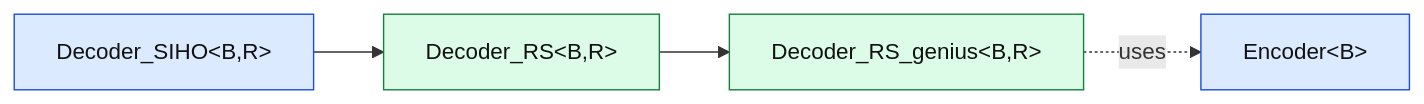
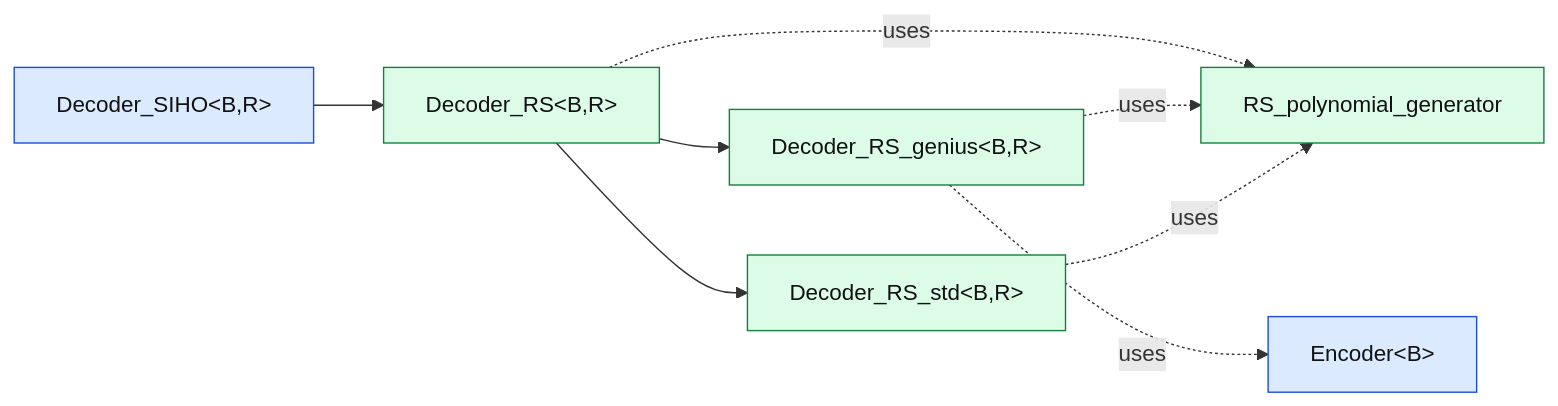
Diagram 16 of 56 in docs/design/class_graph.md (rtajan/pyaff3ct), drawn with Mermaid before and after one commit. The commit also changed other lines of this file and 47 other files, not shown here.

````diff
--- a/docs/design/class_graph.md
+++ b/docs/design/class_graph.md
@@ -513,16 +513,22 @@
 ```mermaid
 graph LR
     classDef spu fill:#e5e7eb,stroke:#6b7280,color:#111;
     classDef abstract fill:#dbeafe,stroke:#1d4ed8,color:#111;
     classDef wrap fill:#dcfce7,stroke:#15803d,color:#111;
     classDef factory fill:#ffedd5,stroke:#c2410c,color:#111;
     classDef func fill:#f3e8ff,stroke:#7e22ce,color:#111;
     classDef skip fill:#fff,stroke:#9ca3af,color:#6b7280,stroke-dasharray: 4 3;
     M_Decoder_RS["Decoder_RS&lt;B,R&gt;"]:::wrap
     M_Decoder_RS_genius["Decoder_RS_genius&lt;B,R&gt;"]:::wrap
+    M_Decoder_RS_std["Decoder_RS_std&lt;B,R&gt;"]:::wrap
     M_Decoder_SIHO --> M_Decoder_RS
+    M_Decoder_RS -.uses.-> T_RS_polynomial_generator
     M_Decoder_RS --> M_Decoder_RS_genius
     M_Decoder_RS_genius -.uses.-> M_Encoder
+    M_Decoder_RS_genius -.uses.-> T_RS_polynomial_generator
+    M_Decoder_RS --> M_Decoder_RS_std
+    M_Decoder_RS_std -.uses.-> T_RS_polynomial_generator
     M_Decoder_SIHO["Decoder_SIHO&lt;B,R&gt;"]:::abstract
     M_Encoder["Encoder&lt;B&gt;"]:::abstract
+    T_RS_polynomial_generator["RS_polynomial_generator"]:::wrap
 ```
````
